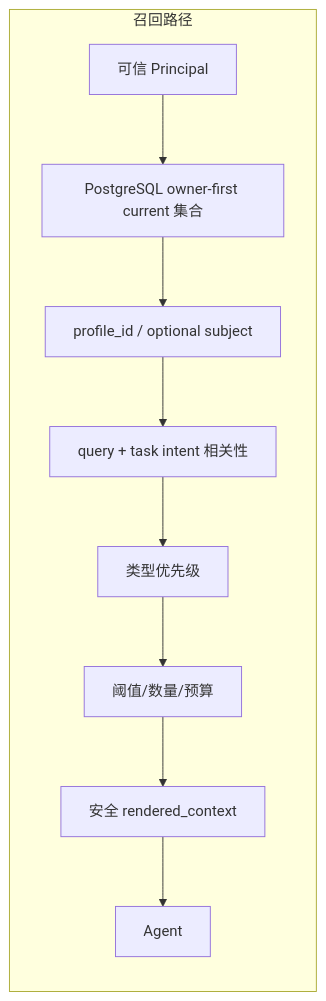
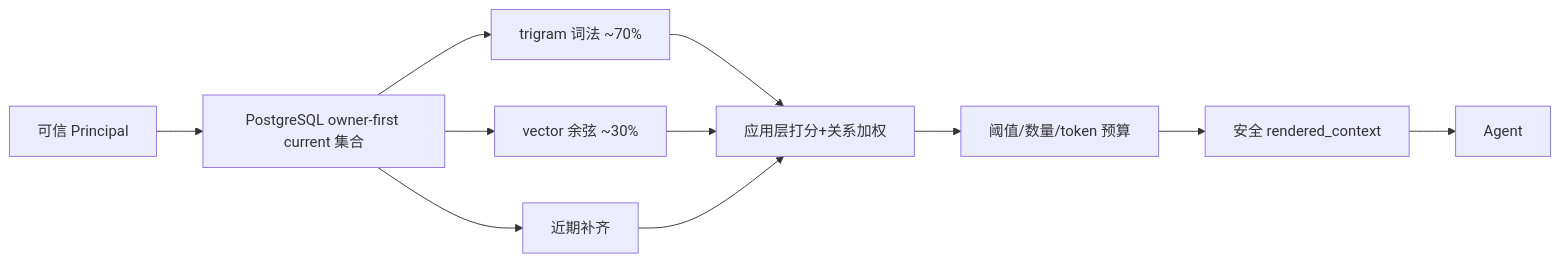
The fourth of 11 diagrams in docs/design.md (dxiaosen/memory-mcp), drawn with Mermaid before and after one commit. The commit also changed other lines of this file and 13 other files, not shown here.

````diff
--- a/docs/design.md
+++ b/docs/design.md
@@ -138,12 +138,13 @@
 ```mermaid
 flowchart LR
-    subgraph 召回路径
-        R1[可信 Principal] --> R2[PostgreSQL owner-first current 集合]
-        R2 --> R3[profile_id / optional subject]
-        R3 --> R4[query + task intent 相关性]
-        R4 --> R5[类型优先级]
-        R5 --> R6[阈值/数量/预算]
-        R6 --> R7[安全 rendered_context]
-        R7 --> R8[Agent]
-    end
+    P[可信 Principal] --> A[PostgreSQL owner-first current 集合]
+    A --> B[trigram 词法 ~70%]
+    A --> C[vector 余弦 ~30%]
+    A --> D[近期补齐]
+    B --> E[应用层打分+关系加权]
+    C --> E
+    D --> E
+    E --> F[阈值/数量/token 预算]
+    F --> G[安全 rendered_context]
+    G --> H[Agent]
 ```
````
